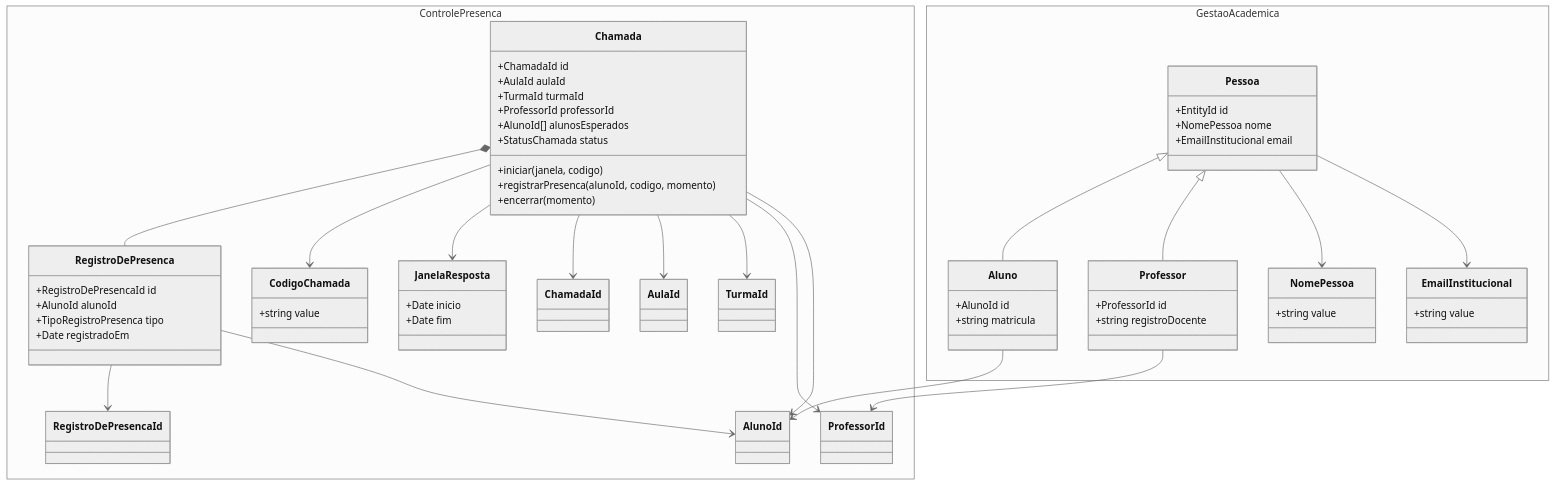
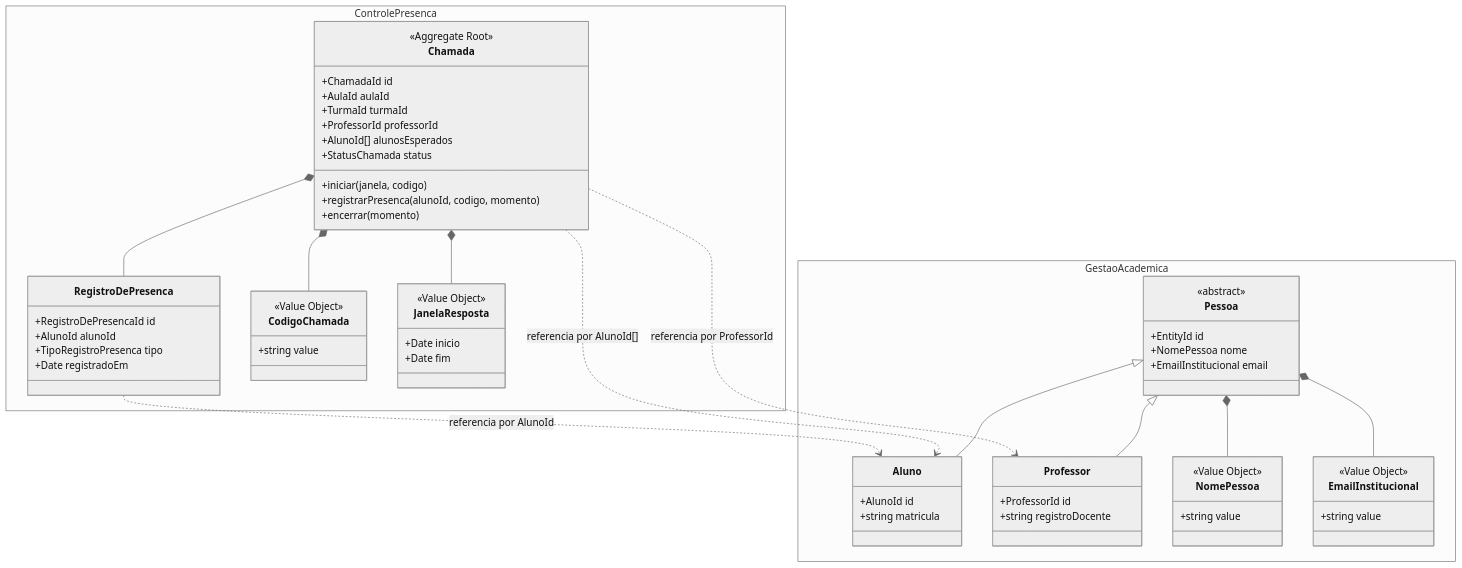
One commit to GuilhermeBrun/controle-presenca-ddd changed the diagram in README.md. Above: the diagram before and after it, drawn with Mermaid (neutral theme).

Commit message:
docs: simplificar diagrama de dominio

````diff
--- a/README.md
+++ b/README.md
@@ -110,7 +110,37 @@
 ```mermaid
 classDiagram
+  namespace GestaoAcademica {
+    class Pessoa {
+      <<abstract>>
+      +EntityId id
+      +NomePessoa nome
+      +EmailInstitucional email
+    }
+
+    class Aluno {
+      +AlunoId id
+      +string matricula
+    }
+
+    class Professor {
+      +ProfessorId id
+      +string registroDocente
+    }
+
+    class NomePessoa {
+      <<Value Object>>
+      +string value
+    }
+
+    class EmailInstitucional {
+      <<Value Object>>
+      +string value
+    }
+  }
+
   namespace ControlePresenca {
     class Chamada {
+      <<Aggregate Root>>
       +ChamadaId id
       +AulaId aulaId
       +TurmaId turmaId
@@ -130,65 +160,27 @@
     }
 
     class CodigoChamada {
+      <<Value Object>>
       +string value
     }
 
     class JanelaResposta {
+      <<Value Object>>
       +Date inicio
       +Date fim
     }
-
-    class ChamadaId
-    class AulaId
-    class TurmaId
-    class ProfessorId
-    class AlunoId
-    class RegistroDePresencaId
   }
-
-  namespace GestaoAcademica {
-    class Pessoa {
-      +EntityId id
-      +NomePessoa nome
-      +EmailInstitucional email
-    }
-
-    class Aluno {
-      +AlunoId id
-      +string matricula
-    }
-
-    class Professor {
-      +ProfessorId id
-      +string registroDocente
-    }
-
-    class NomePessoa {
-      +string value
-    }
-
-    class EmailInstitucional {
-      +string value
-    }
-  }
-
-  Chamada *-- RegistroDePresenca
-  Chamada --> CodigoChamada
-  Chamada --> JanelaResposta
-  Chamada --> ChamadaId
-  Chamada --> AulaId
-  Chamada --> TurmaId
-  Chamada --> ProfessorId
-  Chamada --> AlunoId
-
-  RegistroDePresenca --> RegistroDePresencaId
-  RegistroDePresenca --> AlunoId
 
   Pessoa <|-- Aluno
   Pessoa <|-- Professor
-  Pessoa --> NomePessoa
-  Pessoa --> EmailInstitucional
+  Pessoa *-- NomePessoa
+  Pessoa *-- EmailInstitucional
 
-  Aluno --> AlunoId
-  Professor --> ProfessorId
+  Chamada *-- RegistroDePresenca
+  Chamada *-- CodigoChamada
+  Chamada *-- JanelaResposta
+
+  Chamada ..> Professor : referencia por ProfessorId
+  Chamada ..> Aluno : referencia por AlunoId[]
+  RegistroDePresenca ..> Aluno : referencia por AlunoId
 ```
````
